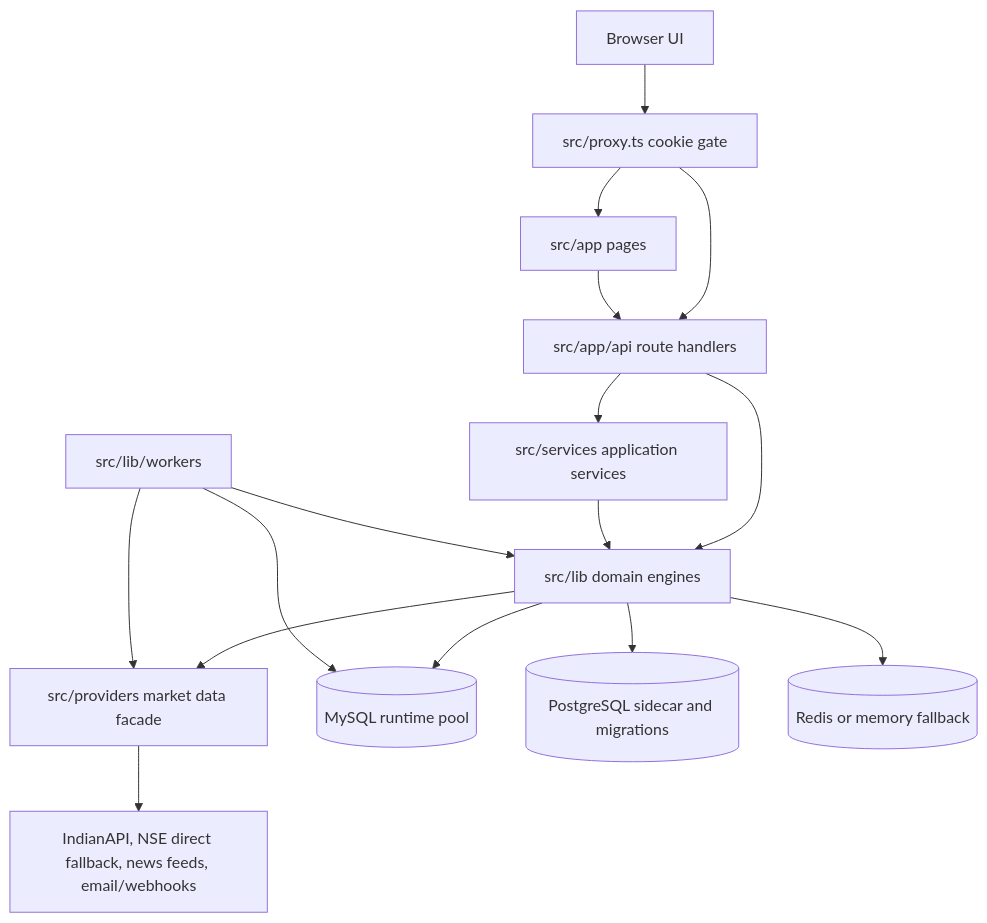
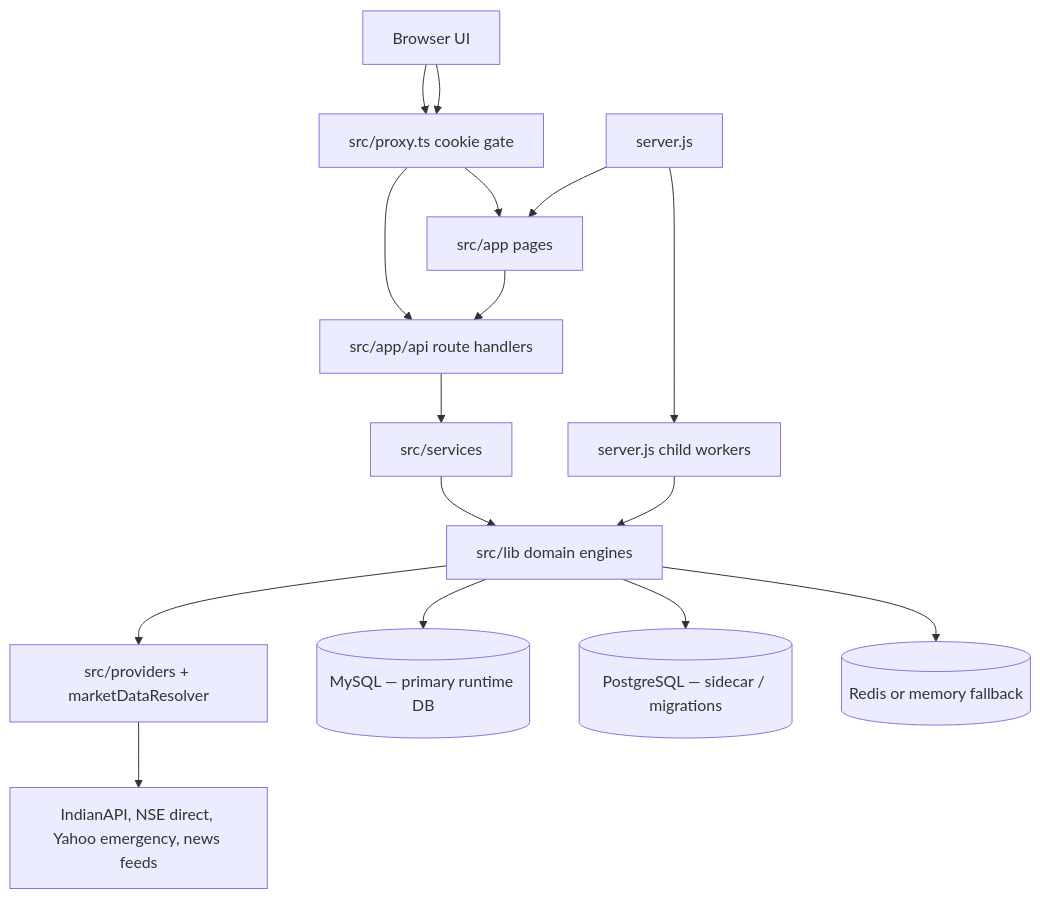
One commit to saurabhmani/api-update changed the first of 7 diagrams in ARCHITECTURE.md. Above: the diagram before and after it, drawn with Mermaid. The commit also changed other lines of this file, not shown here.

Commit message:
Architecture.md Updated

````diff
--- a/ARCHITECTURE.md
+++ b/ARCHITECTURE.md
@@ -16,31 +18,27 @@
 ```mermaid
 flowchart TB
     Browser[Browser UI]
     Proxy[src/proxy.ts cookie gate]
     Pages[src/app pages]
     Api[src/app/api route handlers]
-    Services[src/services application services]
+    Services[src/services]
     Lib[src/lib domain engines]
-    Providers[src/providers market data facade]
-    MySQL[(MySQL runtime pool)]
-    Postgres[(PostgreSQL sidecar and migrations)]
+    Providers[src/providers + marketDataResolver]
+    MySQL[(MySQL — primary runtime DB)]
+    Postgres[(PostgreSQL — sidecar / migrations)]
     Redis[(Redis or memory fallback)]
-    Workers[src/lib/workers]
-    External[IndianAPI, NSE direct fallback, news feeds, email/webhooks]
+    Workers[server.js child workers]
+    External[IndianAPI, NSE direct, Yahoo emergency, news feeds]
 
-    Browser --> Proxy
-    Proxy --> Pages
-    Proxy --> Api
+    Browser --> Proxy --> Pages
+    Browser --> Proxy --> Api
     Pages --> Api
-    Api --> Services
-    Api --> Lib
-    Services --> Lib
-    Lib --> Providers
+    Api --> Services --> Lib
+    Lib --> Providers --> External
     Lib --> MySQL
     Lib --> Postgres
     Lib --> Redis
-    Providers --> External
     Workers --> Lib
-    Workers --> MySQL
-    Workers --> Providers
+    server.js[server.js] --> Workers
+    server.js --> Pages
 ```
````
